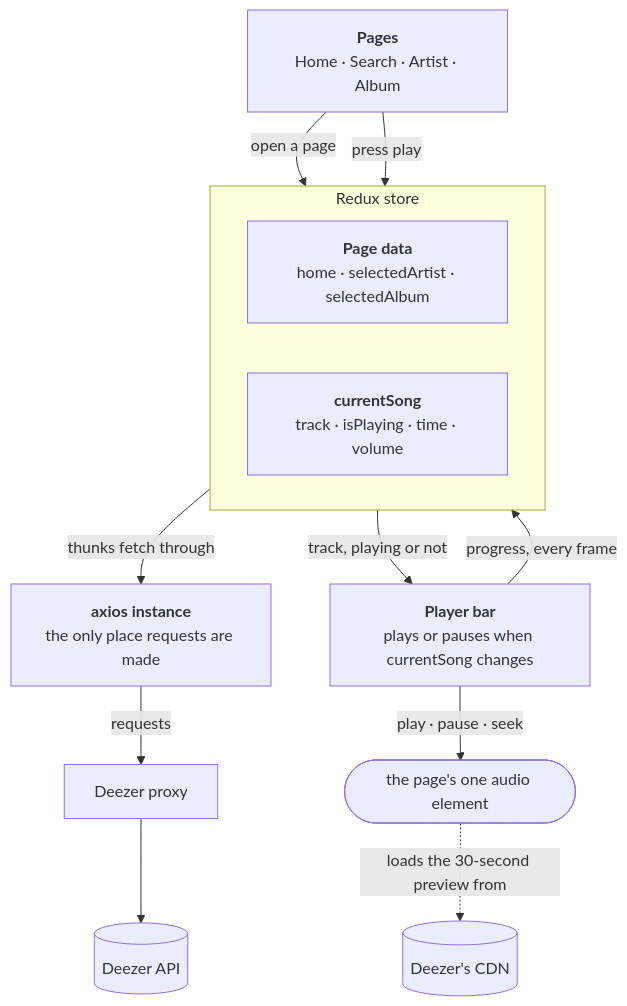
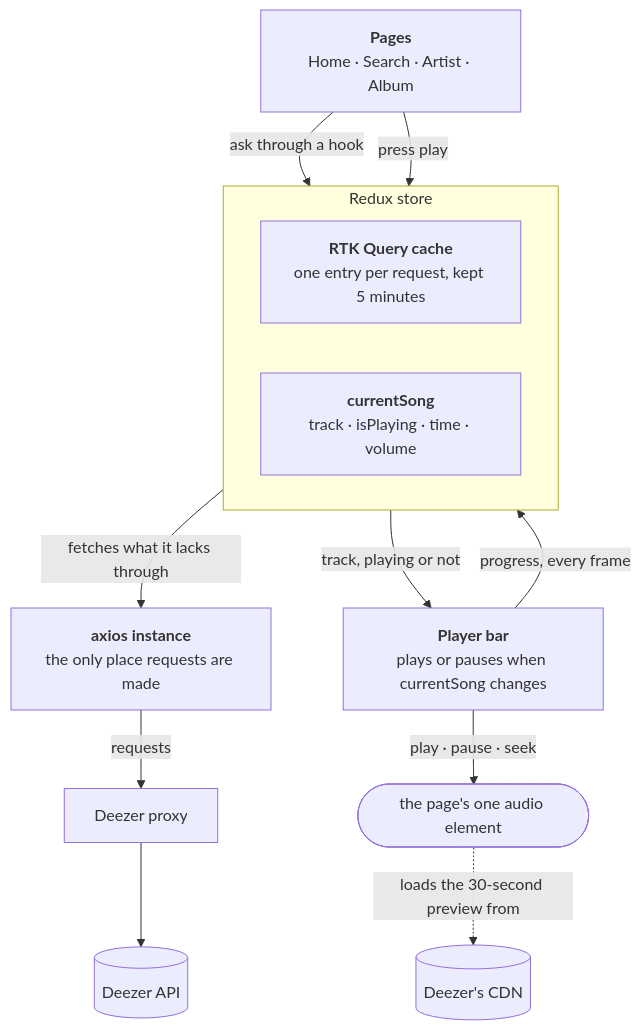
Before and after one commit to Nando-C/StriveM7D5: the diagram in README.md, drawn with Mermaid. The commit also changed other lines of this file and 25 other files, not shown here.

Commit message:
refactor: move server data to RTK Query, give the player one track shape

````diff
--- a/README.md
+++ b/README.md
@@ -37,26 +38,26 @@
 ```mermaid
 flowchart TB
     Pages["<b>Pages</b><br/>Home · Search · Artist · Album"]
 
     subgraph Store["Redux store"]
         direction LR
-        Data["<b>Page data</b><br/>home · selectedArtist · selectedAlbum"]
+        Data["<b>RTK Query cache</b><br/>one entry per request, kept 5 minutes"]
         Song["<b>currentSong</b><br/>track · isPlaying · time · volume"]
     end
 
     Axios["<b>axios instance</b><br/>the only place requests are made"]
     Player["<b>Player bar</b><br/>plays or pauses when currentSong changes"]
     Proxy["Deezer proxy"]
     Audio(["the page's one audio element"])
     Deezer[("Deezer API")]
     CDN[("Deezer's CDN")]
 
-    Pages -- "open a page" --> Data
+    Pages -- "ask through a hook" --> Data
     Pages -- "press play" --> Song
-    Data -- "thunks fetch through" --> Axios
+    Data -- "fetches what it lacks through" --> Axios
     Song -- "track, playing or not" --> Player
     Axios -- "requests" --> Proxy --> Deezer
     Player -- "play · pause · seek" --> Audio
     Audio -. "loads the 30-second preview from" .-> CDN
     Player -- "progress, every frame" --> Song
 ```
````
